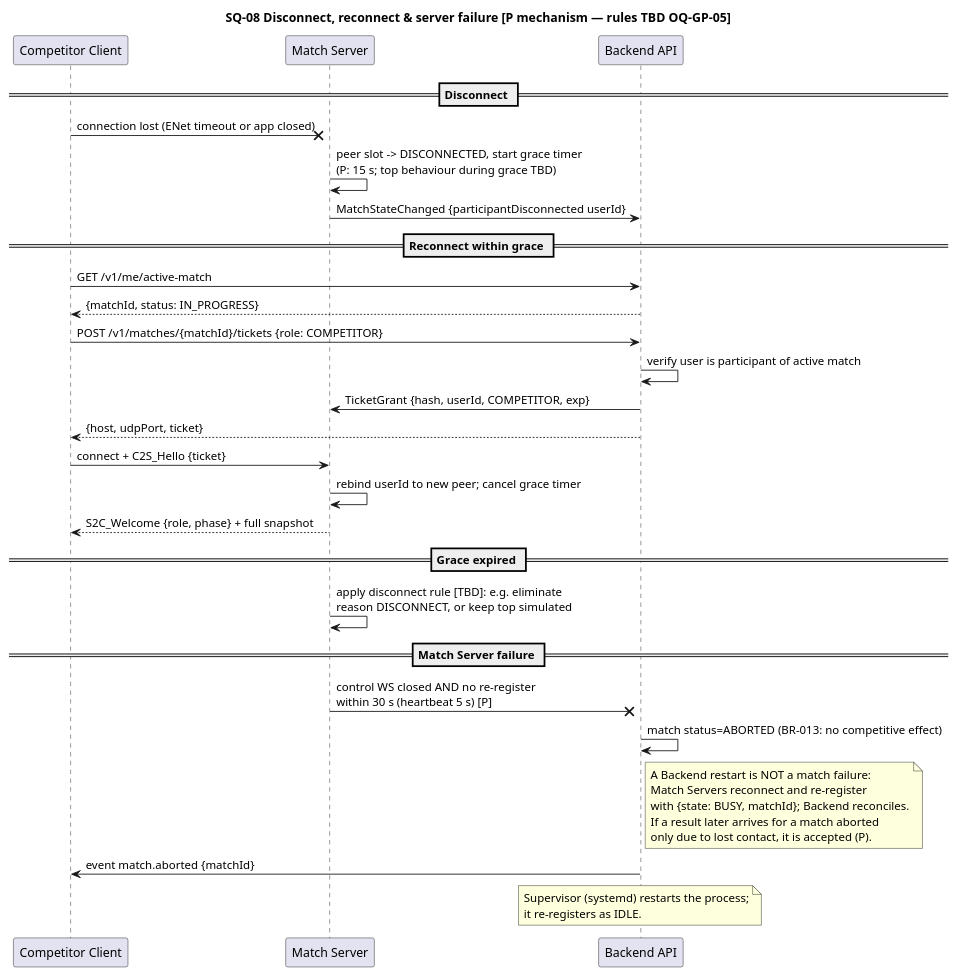
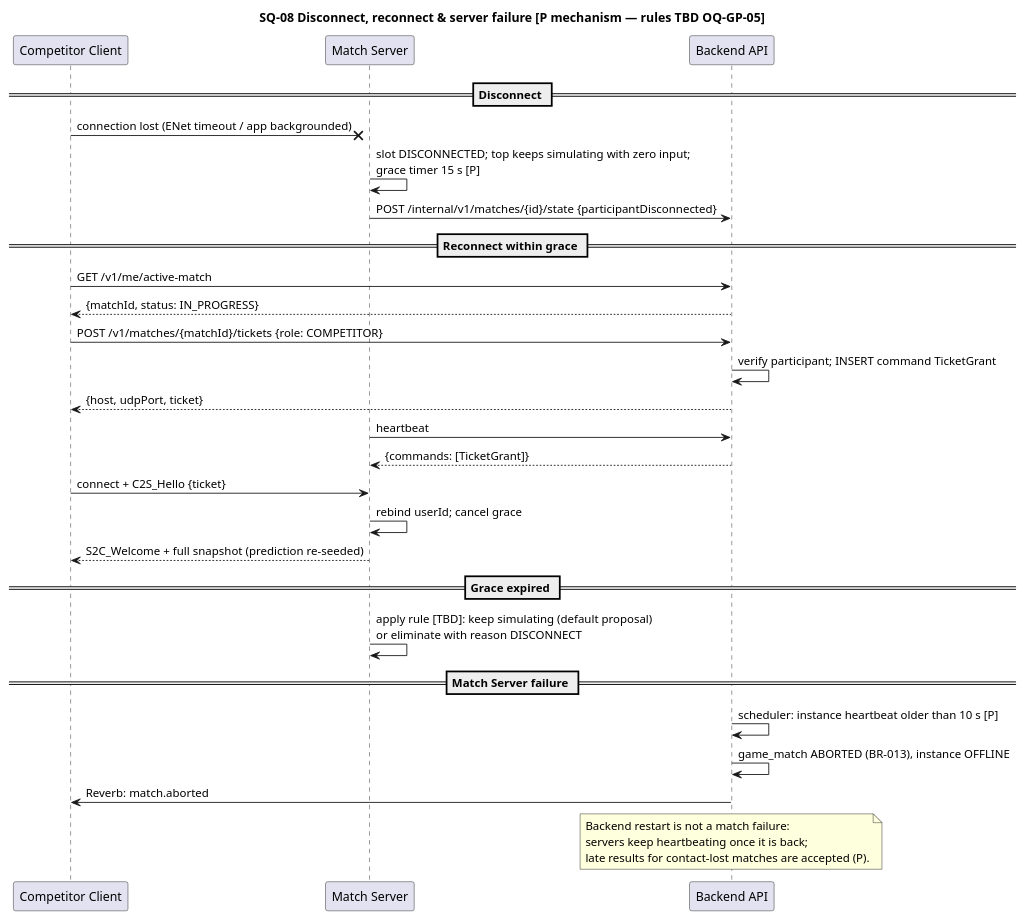
The diagram in docs/02-uml/sequence/SQ-08-disconnect-reconnect.puml (houcine212-hub/Bayblade_Sesytem), drawn with PlantUML before and after one commit. The commit also changed 59 other files, not shown here.

```diff
--- a/docs/02-uml/sequence/SQ-08-disconnect-reconnect.puml
+++ b/docs/02-uml/sequence/SQ-08-disconnect-reconnect.puml
@@ -1,34 +1,28 @@
 @startuml SQ-08
 title SQ-08 Disconnect, reconnect & server failure [P mechanism — rules TBD OQ-GP-05]
 participant "Competitor Client" as C
 participant "Match Server" as MS
 participant "Backend API" as B
 == Disconnect ==
-C -x MS : connection lost (ENet timeout or app closed)
-MS -> MS : peer slot -> DISCONNECTED, start grace timer\n(P: 15 s; top behaviour during grace TBD)
-MS -> B : MatchStateChanged {participantDisconnected userId}
+C ->x MS : connection lost (ENet timeout / app backgrounded)
+MS -> MS : slot DISCONNECTED; top keeps simulating with zero input;\ngrace timer 15 s [P]
+MS -> B : POST /internal/v1/matches/{id}/state {participantDisconnected}
 == Reconnect within grace ==
 C -> B : GET /v1/me/active-match
 B --> C : {matchId, status: IN_PROGRESS}
 C -> B : POST /v1/matches/{matchId}/tickets {role: COMPETITOR}
-B -> B : verify user is participant of active match
-B -> MS : TicketGrant {hash, userId, COMPETITOR, exp}
+B -> B : verify participant; INSERT command TicketGrant
 B --> C : {host, udpPort, ticket}
+MS -> B : heartbeat
+B --> MS : {commands: [TicketGrant]}
 C -> MS : connect + C2S_Hello {ticket}
-MS -> MS : rebind userId to new peer; cancel grace timer
-MS --> C : S2C_Welcome {role, phase} + full snapshot
+MS -> MS : rebind userId; cancel grace
+MS --> C : S2C_Welcome + full snapshot (prediction re-seeded)
 == Grace expired ==
-MS -> MS : apply disconnect rule [TBD]: e.g. eliminate\nreason DISCONNECT, or keep top simulated
+MS -> MS : apply rule [TBD]: keep simulating (default proposal)\nor eliminate with reason DISCONNECT
 == Match Server failure ==
-MS -x B : control WS closed AND no re-register\nwithin 30 s (heartbeat 5 s) [P]
-B -> B : match status=ABORTED (BR-013: no competitive effect)
-note right of B
-  A Backend restart is NOT a match failure:
-  Match Servers reconnect and re-register
-  with {state: BUSY, matchId}; Backend reconciles.
-  If a result later arrives for a match aborted
-  only due to lost contact, it is accepted (P).
-end note
-B -> C : event match.aborted {matchId}
-note over B : Supervisor (systemd) restarts the process;\nit re-registers as IDLE.
+B -> B : scheduler: instance heartbeat older than 10 s [P]
+B -> B : game_match ABORTED (BR-013), instance OFFLINE
+B -> C : Reverb: match.aborted
+note over B : Backend restart is not a match failure:\nservers keep heartbeating once it is back;\nlate results for contact-lost matches are accepted (P).
 @enduml
```
